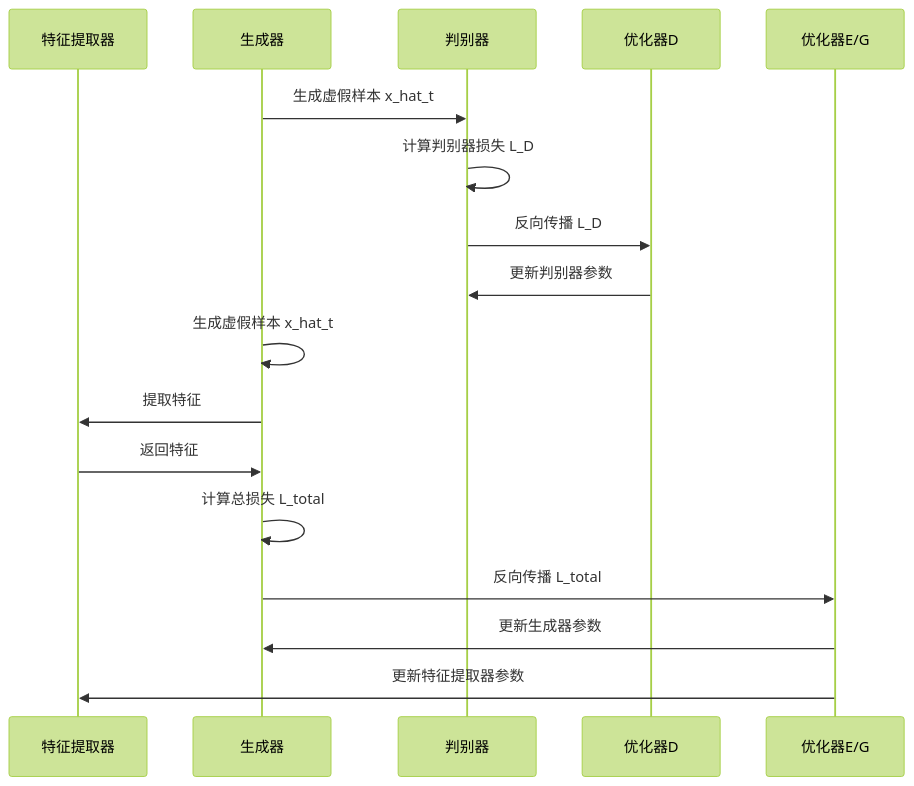
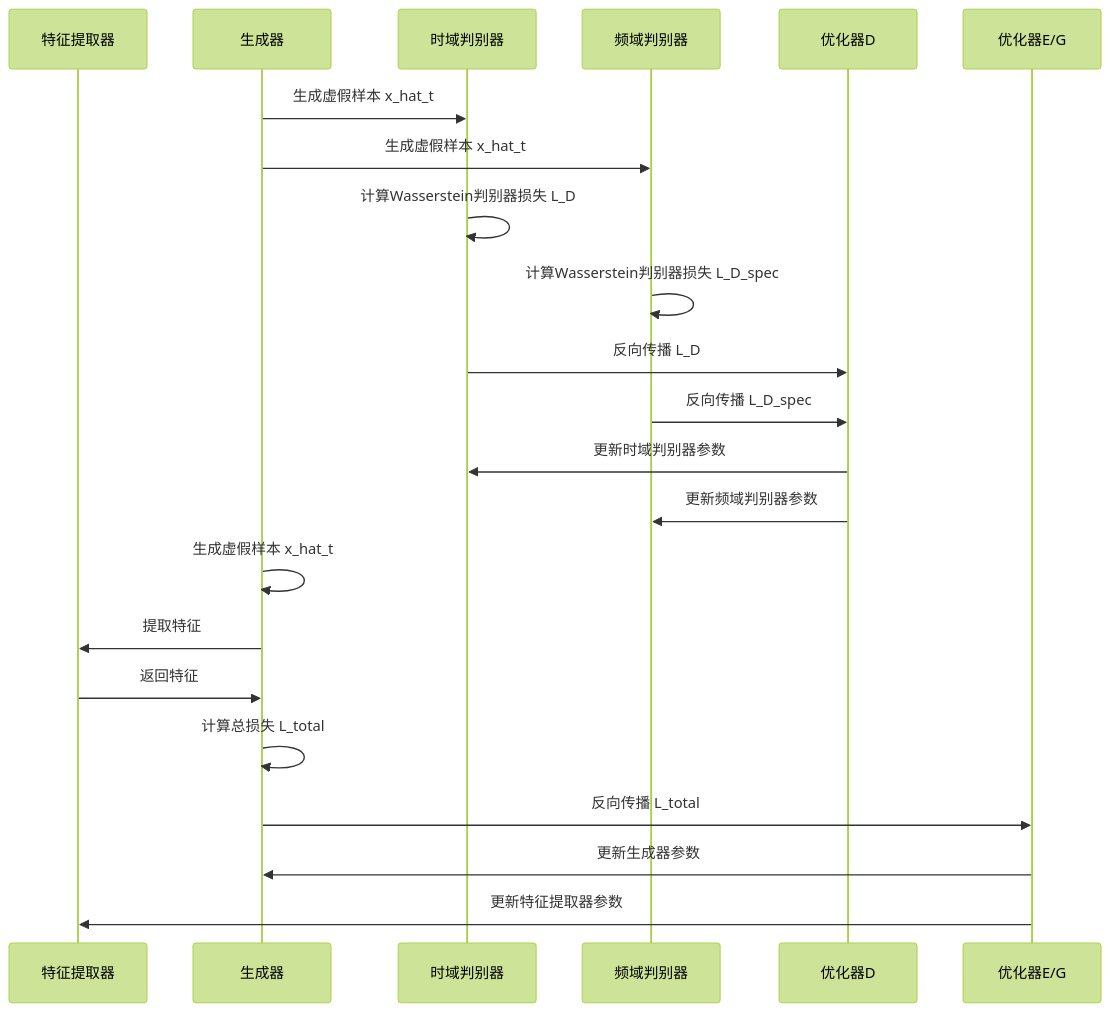
One commit to Opao-heng/CSI changed the second of 2 diagrams in .qoder/repowiki/zh/content/生成对抗网络（GAN）模型/损失函数.md. Above: the diagram before and after it, drawn with Mermaid (forest theme). The commit also changed other lines of this file and 35 other files, not shown here.

````diff
--- a/.qoder/repowiki/zh/content/生成对抗网络（GAN）模型/损失函数.md
+++ b/.qoder/repowiki/zh/content/生成对抗网络（GAN）模型/损失函数.md
@@ -76,19 +105,24 @@
 ```mermaid
 sequenceDiagram
 participant E as 特征提取器
 participant G as 生成器
-participant D as 判别器
+participant D as 时域判别器
+participant D_spec as 频域判别器
 participant OptimizerD as 优化器D
 participant OptimizerEG as 优化器E/G
 G->>D : 生成虚假样本 x_hat_t
-D->>D : 计算判别器损失 L_D
+G->>D_spec : 生成虚假样本 x_hat_t
+D->>D : 计算Wasserstein判别器损失 L_D
+D_spec->>D_spec : 计算Wasserstein判别器损失 L_D_spec
 D->>OptimizerD : 反向传播 L_D
-OptimizerD->>D : 更新判别器参数
+D_spec->>OptimizerD : 反向传播 L_D_spec
+OptimizerD->>D : 更新时域判别器参数
+OptimizerD->>D_spec : 更新频域判别器参数
 G->>G : 生成虚假样本 x_hat_t
 G->>E : 提取特征
 E->>G : 返回特征
 G->>G : 计算总损失 L_total
 G->>OptimizerEG : 反向传播 L_total
 OptimizerEG->>G : 更新生成器参数
 OptimizerEG->>E : 更新特征提取器参数
 ```
````
